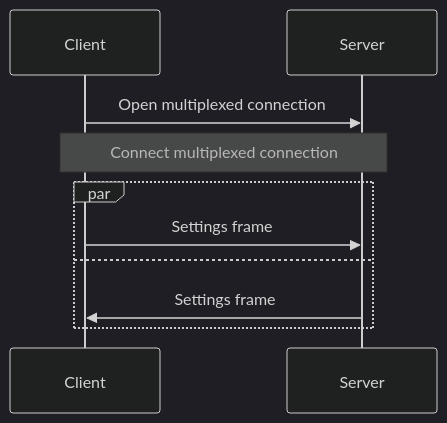
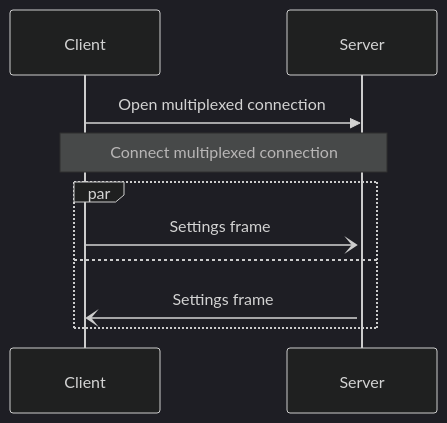
One commit to icerpc/icerpc-docs changed the diagram in pages/icerpc-core/icerpc-protocol/connection-establishment.md. Above: the diagram before and after it, drawn with Mermaid (dark theme).

Commit message:
More diagram updates

````diff
--- a/pages/icerpc-core/icerpc-protocol/connection-establishment.md
+++ b/pages/icerpc-core/icerpc-protocol/connection-establishment.md
@@ -30,10 +30,11 @@
 ```mermaid
 sequenceDiagram
     Client->>Server: Open multiplexed connection
+    activate Server
     Note over Client,Server: Connect multiplexed connection
     par
-        Client->>Server: Settings frame
+        Client-)Server: Settings frame
     and
-        Server->>Client: Settings frame
+        Server-)Client: Settings frame
     end
 ```
````
